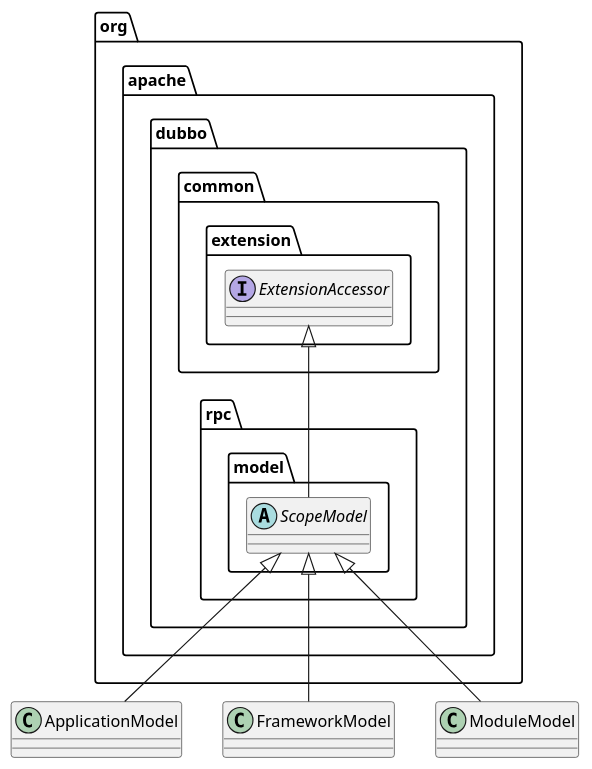
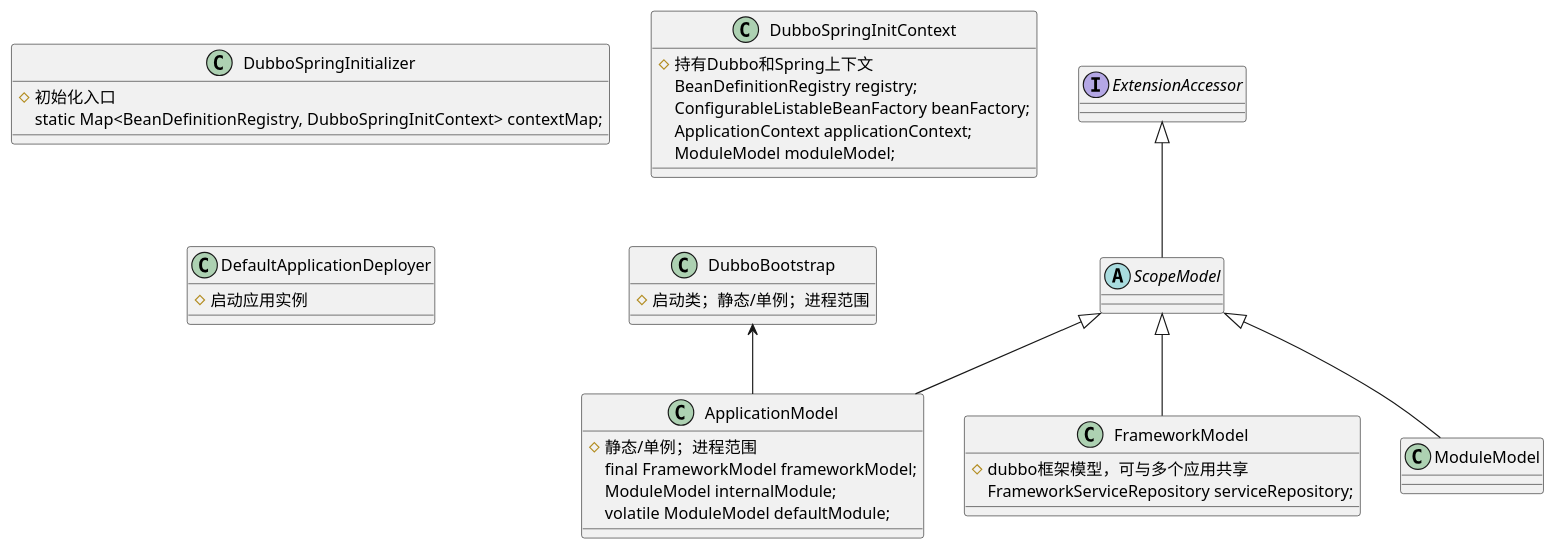
Before and after one commit to walklown/daily-code: the diagram in design/dubbo/ApplicationModel.puml, drawn with PlantUML.

Commit message:
更新dubbo文档

```diff
--- a/design/dubbo/ApplicationModel.puml
+++ b/design/dubbo/ApplicationModel.puml
@@ -1,15 +1,41 @@
 @startuml
 'https://plantuml.com/class-diagram
 
-interface org.apache.dubbo.common.extension.ExtensionAccessor
-abstract class org.apache.dubbo.rpc.model.ScopeModel
-class ApplicationModel
-class FrameworkModel
+class DubboSpringInitializer {
+# 初始化入口
+static Map<BeanDefinitionRegistry, DubboSpringInitContext> contextMap;
+}
+class DubboSpringInitContext {
+# 持有Dubbo和Spring上下文
+BeanDefinitionRegistry registry;
+ConfigurableListableBeanFactory beanFactory;
+ApplicationContext applicationContext;
+ModuleModel moduleModel;
+}
+class DubboBootstrap {
+# 启动类；静态/单例；进程范围
+}
+class DefaultApplicationDeployer {
+# 启动应用实例
+}
+interface ExtensionAccessor
+abstract class ScopeModel
+class ApplicationModel {
+# 静态/单例；进程范围
+final FrameworkModel frameworkModel;
+ModuleModel internalModule;
+volatile ModuleModel defaultModule;
+}
+class FrameworkModel {
+# dubbo框架模型，可与多个应用共享
+FrameworkServiceRepository serviceRepository;
+}
 class ModuleModel
 
-org.apache.dubbo.common.extension.ExtensionAccessor <|-- org.apache.dubbo.rpc.model.ScopeModel
-org.apache.dubbo.rpc.model.ScopeModel <|-- ApplicationModel
-org.apache.dubbo.rpc.model.ScopeModel <|-- FrameworkModel
-org.apache.dubbo.rpc.model.ScopeModel <|-- ModuleModel
+ExtensionAccessor <|-- ScopeModel
+ScopeModel <|-- ApplicationModel
+ScopeModel <|-- FrameworkModel
+ScopeModel <|-- ModuleModel
+DubboBootstrap <-- ApplicationModel
 
 @enduml
```
